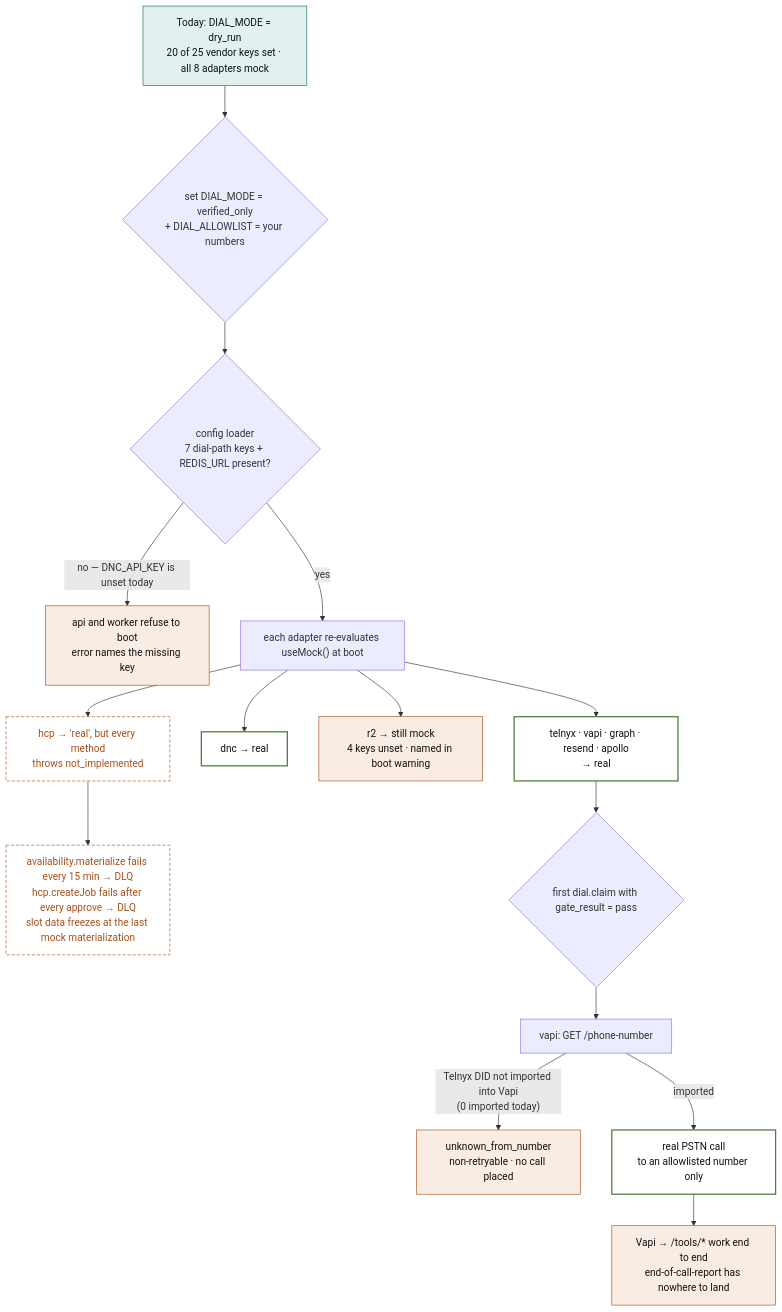
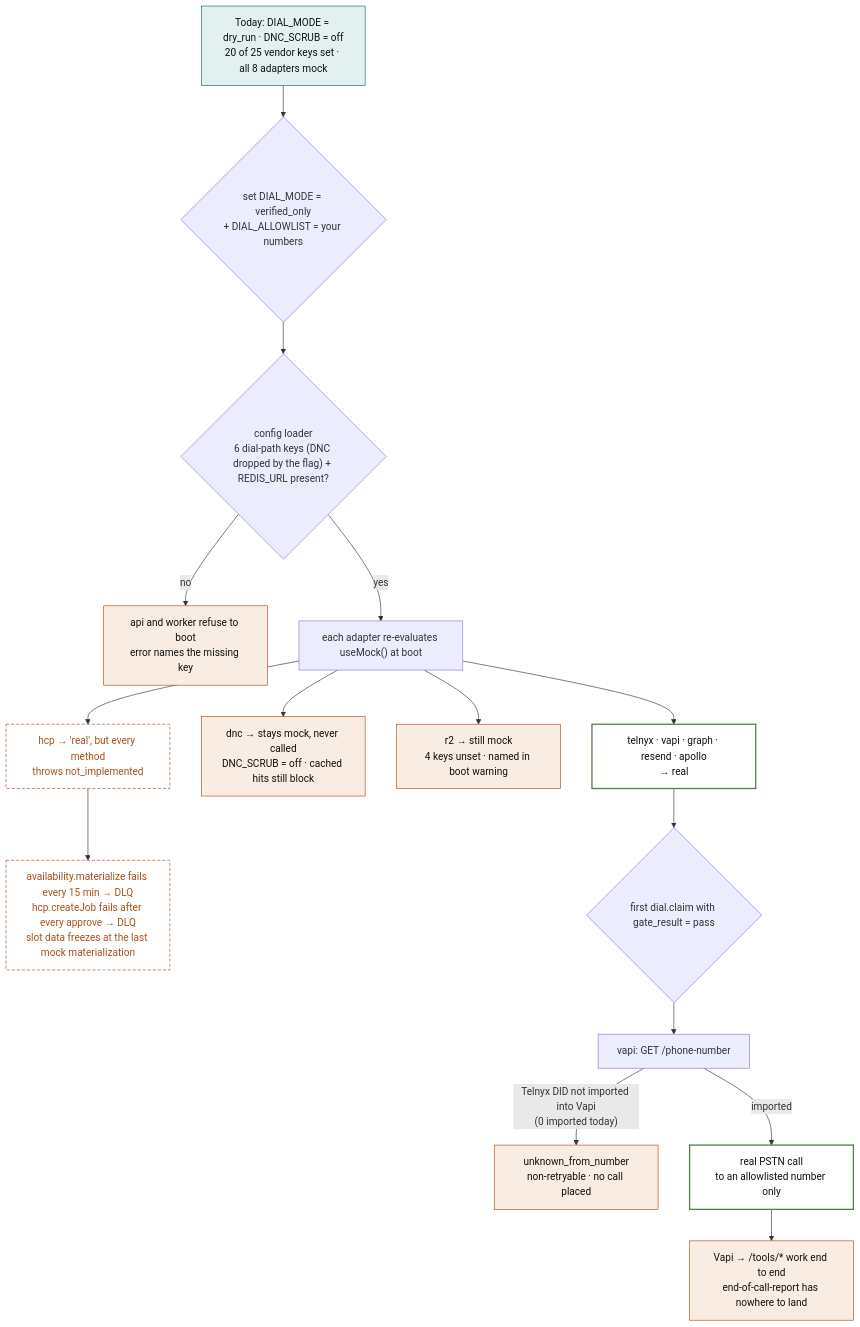
The seventh of 7 diagrams in docs/ARCHITECTURE.md (MAKaminski/tm-voice), drawn with Mermaid before and after one commit. The commit also changed other lines of this file and 13 other files, not shown here.

First line of the commit message:
feat: DNC_SCRUB flag — dial without a registry lookup, by explicit decision

````diff
--- a/docs/ARCHITECTURE.md
+++ b/docs/ARCHITECTURE.md
@@ -313,26 +313,26 @@
 ```mermaid
 flowchart TD
   classDef now fill:#e2f0ef,stroke:#0e6d6a,color:#111
   classDef ok fill:#fff,stroke:#4d7c3f,stroke-width:2px,color:#111
   classDef warn fill:#f9ece2,stroke:#a8501a,color:#111
   classDef gap fill:#fff,stroke:#a8501a,stroke-dasharray:5 3,color:#a8501a
 
-  A["Today: DIAL_MODE = dry_run<br/>20 of 25 vendor keys set · all 8 adapters mock"]:::now
+  A["Today: DIAL_MODE = dry_run · DNC_SCRUB = off<br/>20 of 25 vendor keys set · all 8 adapters mock"]:::now
   A --> B{"set DIAL_MODE = verified_only<br/>+ DIAL_ALLOWLIST = your numbers"}
-  B --> C{"config loader<br/>7 dial-path keys + REDIS_URL present?"}
-  C -->|"no — DNC_API_KEY is unset today"| X["api and worker refuse to boot<br/>error names the missing key"]:::warn
+  B --> C{"config loader<br/>6 dial-path keys (DNC dropped by the flag) + REDIS_URL present?"}
+  C -->|"no"| X["api and worker refuse to boot<br/>error names the missing key"]:::warn
   C -->|"yes"| D["each adapter re-evaluates useMock() at boot"]
 
   D --> E["telnyx · vapi · graph · resend · apollo<br/>→ real"]:::ok
-  D --> F["dnc → real"]:::ok
+  D --> F["dnc → stays mock, never called<br/>DNC_SCRUB = off · cached hits still block"]:::warn
   D --> G["r2 → still mock<br/>4 keys unset · named in boot warning"]:::warn
   D --> H["hcp → 'real', but every method<br/>throws not_implemented"]:::gap
 
   H --> H1["availability.materialize fails every 15 min → DLQ<br/>hcp.createJob fails after every approve → DLQ<br/>slot data freezes at the last mock materialization"]:::gap
 
   E --> J{"first dial.claim with gate_result = pass"}
   J --> K["vapi: GET /phone-number"]
   K -->|"Telnyx DID not imported into Vapi<br/>(0 imported today)"| L["unknown_from_number<br/>non-retryable · no call placed"]:::warn
   K -->|"imported"| M["real PSTN call<br/>to an allowlisted number only"]:::ok
   M --> N["Vapi → /tools/* work end to end<br/>end-of-call-report has nowhere to land"]:::warn
 ```
````
